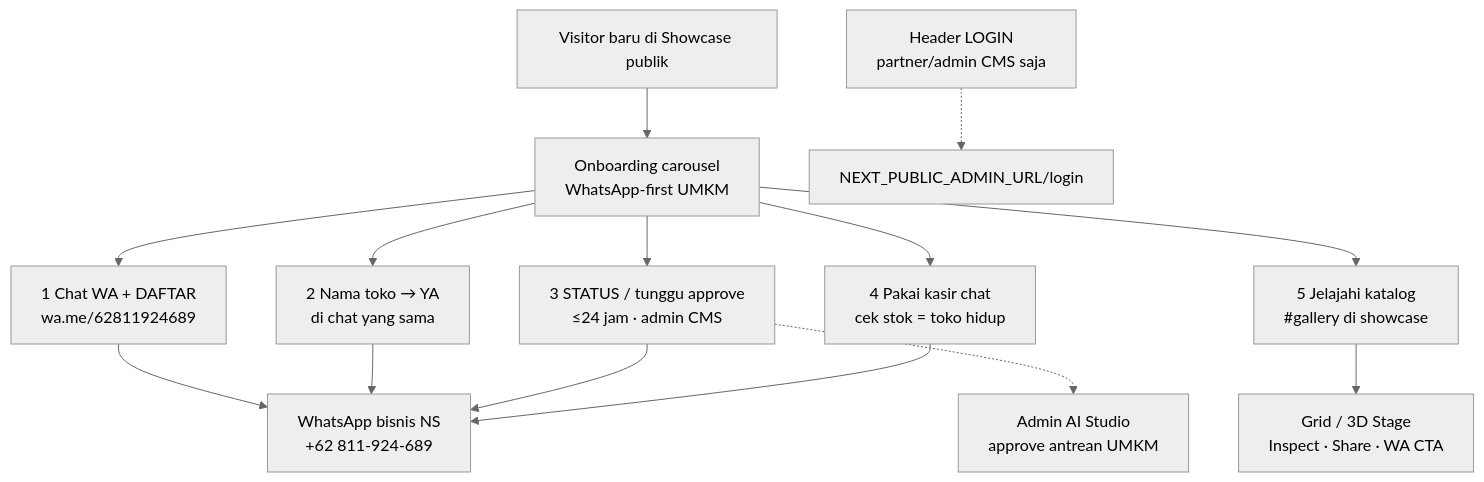
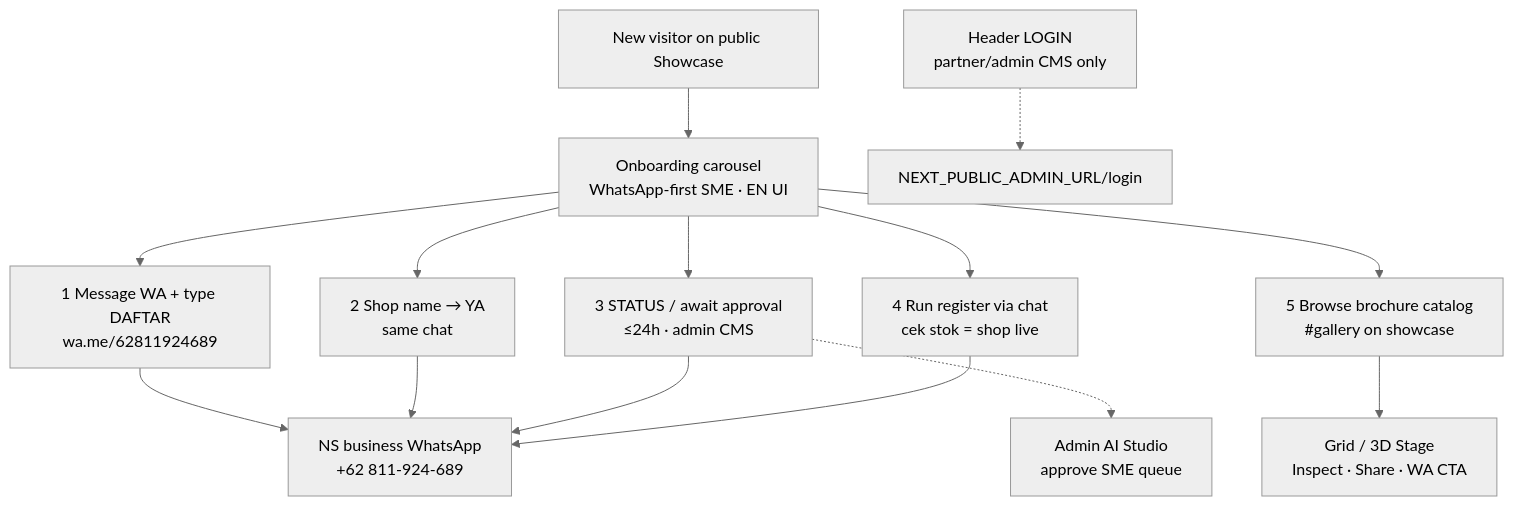
Before and after one commit to nusantarasoft/juragan-aibuilder-cup: the diagram in diagrams/brochure-gallery/business/L0b-showcase-onboarding.mmd, drawn with Mermaid (neutral theme). The commit also changed 7 other files, not shown here.

First line of the commit message:
feat(brochure-gallery): English UI copy for WA-first onboarding carousel

```diff
--- a/diagrams/brochure-gallery/business/L0b-showcase-onboarding.mmd
+++ b/diagrams/brochure-gallery/business/L0b-showcase-onboarding.mmd
@@ -1,14 +1,14 @@
 flowchart TD
-    Visitor["Visitor baru di Showcase publik"] --> Carousel["Onboarding carousel\nWhatsApp-first UMKM"]
-    Carousel --> S1["1 Chat WA + DAFTAR\nwa.me/62811924689"]
-    Carousel --> S2["2 Nama toko → YA\ndi chat yang sama"]
-    Carousel --> S3["3 STATUS / tunggu approve\n≤24 jam · admin CMS"]
-    Carousel --> S4["4 Pakai kasir chat\ncek stok = toko hidup"]
-    Carousel --> S5["5 Jelajahi katalog\n#gallery di showcase"]
-    S1 --> WA["WhatsApp bisnis NS\n+62 811-924-689"]
+    Visitor["New visitor on public Showcase"] --> Carousel["Onboarding carousel\nWhatsApp-first SME · EN UI"]
+    Carousel --> S1["1 Message WA + type DAFTAR\nwa.me/62811924689"]
+    Carousel --> S2["2 Shop name → YA\nsame chat"]
+    Carousel --> S3["3 STATUS / await approval\n≤24h · admin CMS"]
+    Carousel --> S4["4 Run register via chat\ncek stok = shop live"]
+    Carousel --> S5["5 Browse brochure catalog\n#gallery on showcase"]
+    S1 --> WA["NS business WhatsApp\n+62 811-924-689"]
     S2 --> WA
     S3 --> WA
     S4 --> WA
-    S3 -.-> Admin["Admin AI Studio\napprove antrean UMKM"]
+    S3 -.-> Admin["Admin AI Studio\napprove SME queue"]
     S5 --> Gallery["Grid / 3D Stage\nInspect · Share · WA CTA"]
-    HeaderLogin["Header LOGIN\npartner/admin CMS saja"] -.-> AdminCMS["NEXT_PUBLIC_ADMIN_URL/login"]
+    HeaderLogin["Header LOGIN\npartner/admin CMS only"] -.-> AdminCMS["NEXT_PUBLIC_ADMIN_URL/login"]
```
